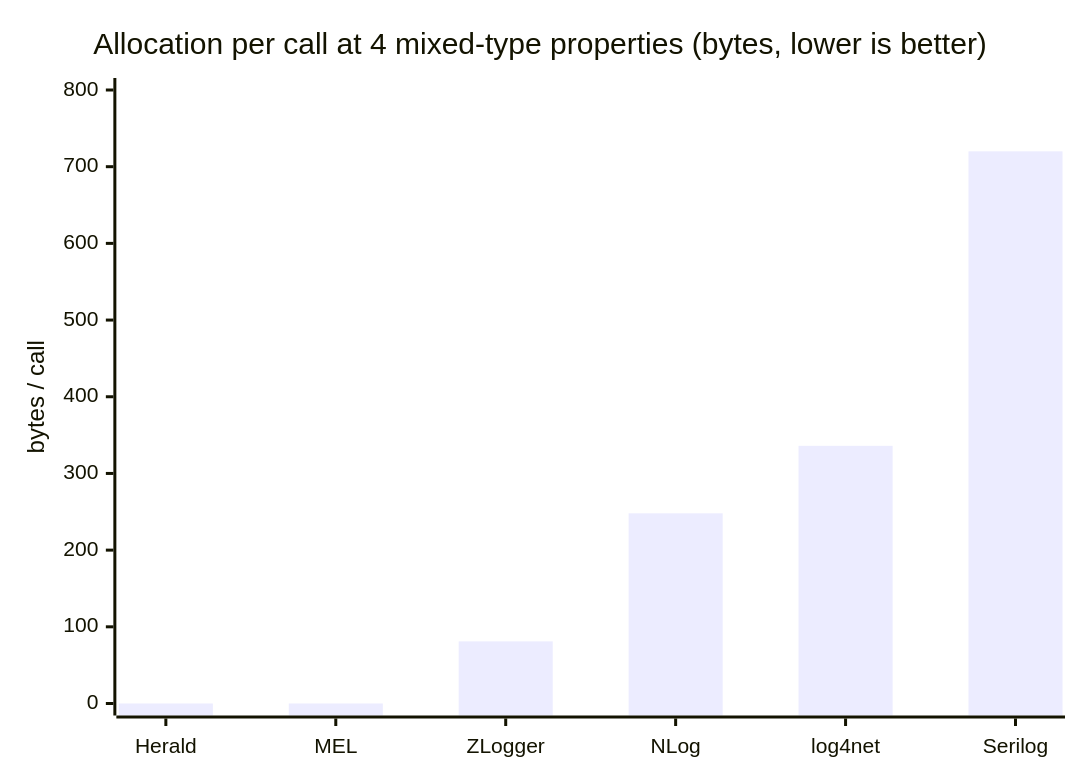
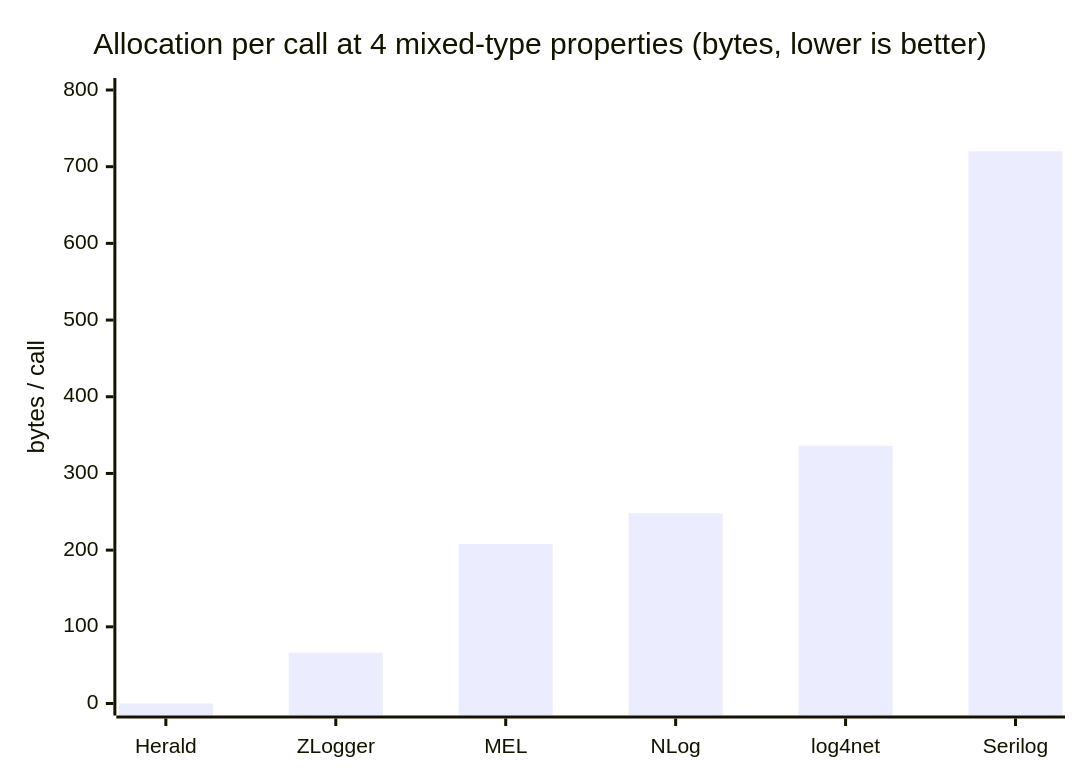
The second of 5 diagrams in docs/benchmarks/consolidated-benchmarks.md (mmpworks/Herald.OSS), drawn with Mermaid before and after one commit. The commit also changed other lines of this file, not shown here.

````diff
--- a/docs/benchmarks/consolidated-benchmarks.md
+++ b/docs/benchmarks/consolidated-benchmarks.md
@@ -78,7 +92,7 @@
 ```mermaid
 xychart-beta
     title "Allocation per call at 4 mixed-type properties (bytes, lower is better)"
-    x-axis ["Herald", "MEL", "ZLogger", "NLog", "log4net", "Serilog"]
+    x-axis ["Herald", "ZLogger", "MEL", "NLog", "log4net", "Serilog"]
     y-axis "bytes / call" 0 --> 800
-    bar [0, 0, 81, 248, 336, 720]
+    bar [0, 66, 208, 248, 336, 720]
 ```
````
